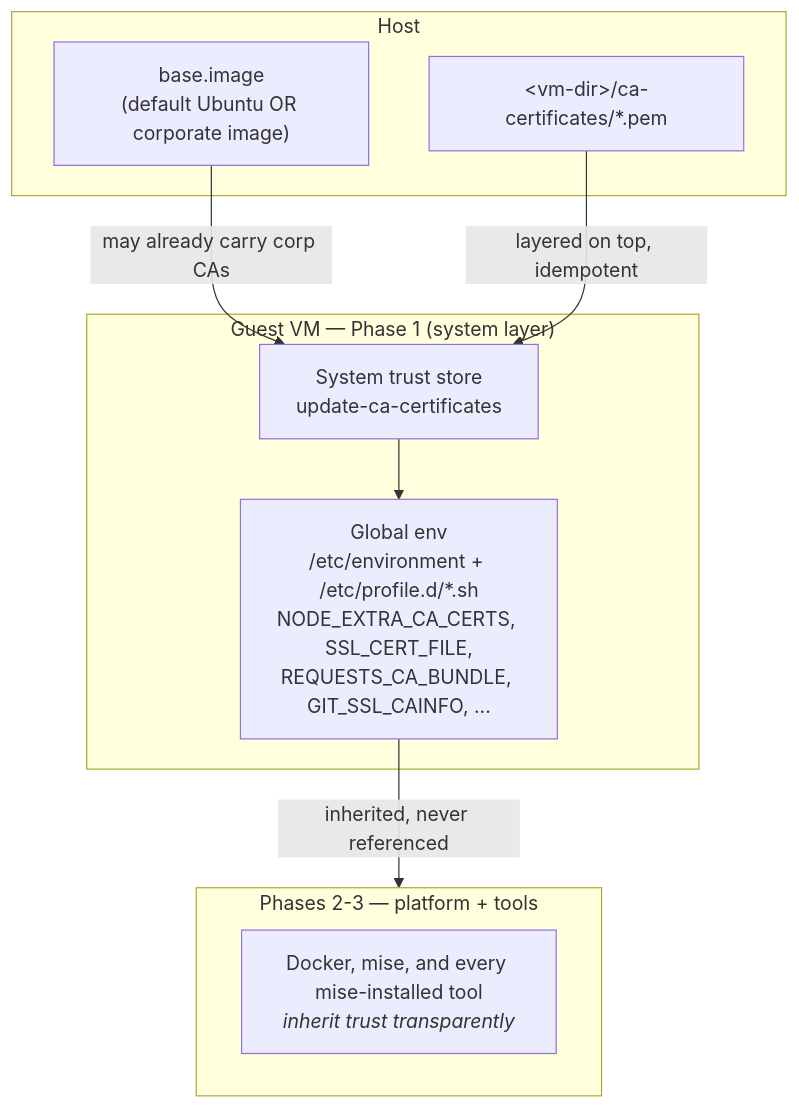
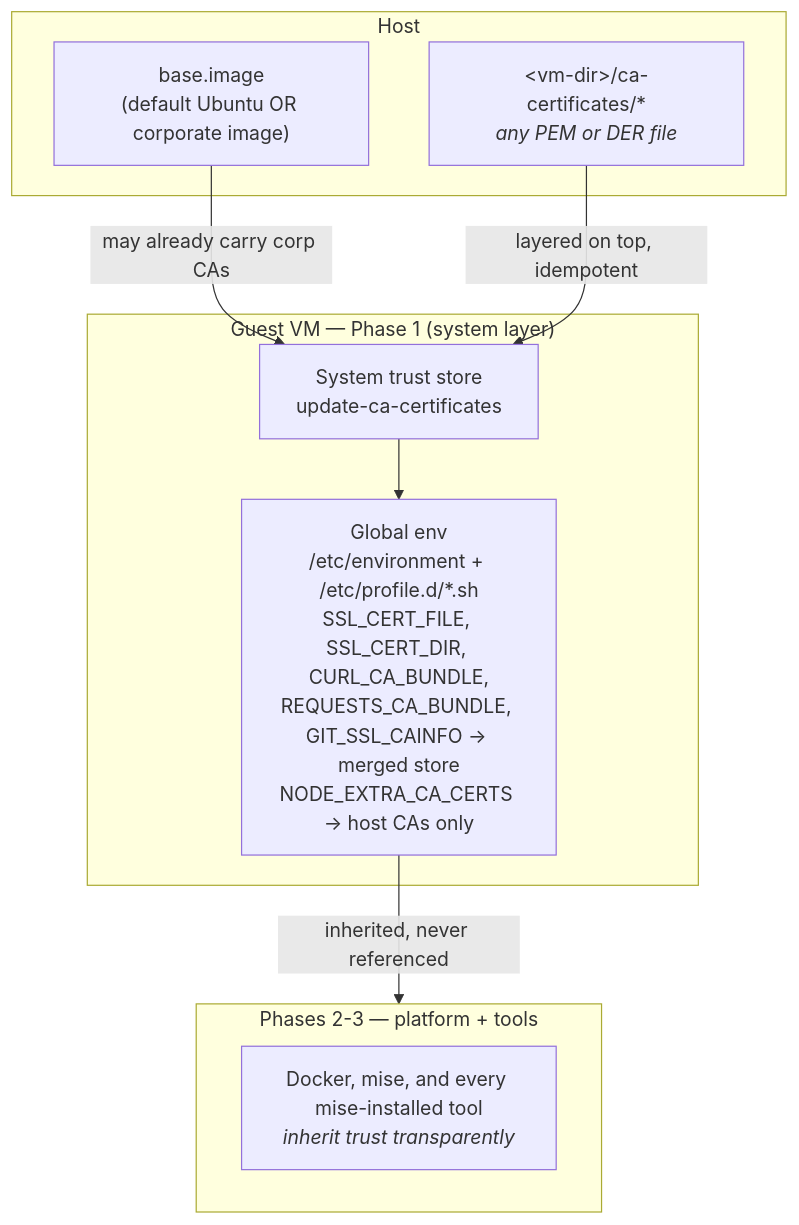
Before and after one commit to MikD1/agent-vm: the fourth of 5 diagrams in docs/architecture.md, drawn with Mermaid. The commit also changed other lines of this file and 7 other files, not shown here.

````diff
--- a/docs/architecture.md
+++ b/docs/architecture.md
@@ -227,21 +227,21 @@
 ```mermaid
 graph TB
     subgraph Host
-        hostca["&lt;vm-dir&gt;/ca-certificates/*.pem"]
+        hostca["&lt;vm-dir&gt;/ca-certificates/*<br/><i>any PEM or DER file</i>"]
         baseimg["base.image<br/>(default Ubuntu OR corporate image)"]
     end
 
     subgraph Guest["Guest VM — Phase 1 (system layer)"]
         trust["System trust store<br/>update-ca-certificates"]
-        env["Global env<br/>/etc/environment + /etc/profile.d/*.sh<br/>NODE_EXTRA_CA_CERTS, SSL_CERT_FILE,<br/>REQUESTS_CA_BUNDLE, GIT_SSL_CAINFO, ..."]
+        env["Global env<br/>/etc/environment + /etc/profile.d/*.sh<br/>SSL_CERT_FILE, SSL_CERT_DIR, CURL_CA_BUNDLE,<br/>REQUESTS_CA_BUNDLE, GIT_SSL_CAINFO → merged store<br/>NODE_EXTRA_CA_CERTS → host CAs only"]
     end
 
     subgraph Tools["Phases 2-3 — platform + tools"]
         m["Docker, mise, and every mise-installed tool<br/><i>inherit trust transparently</i>"]
     end
 
     baseimg -- "may already carry corp CAs" --> trust
     hostca -- "layered on top, idempotent" --> trust
     trust --> env
     env -- "inherited, never referenced" --> Tools
 ```
````
